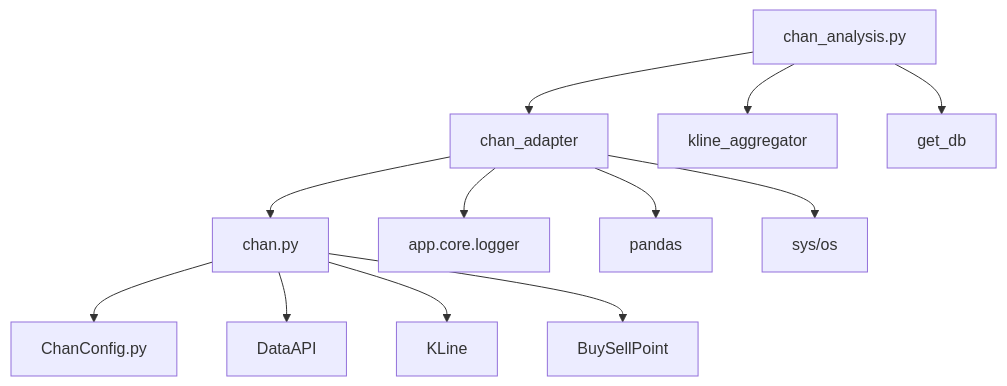
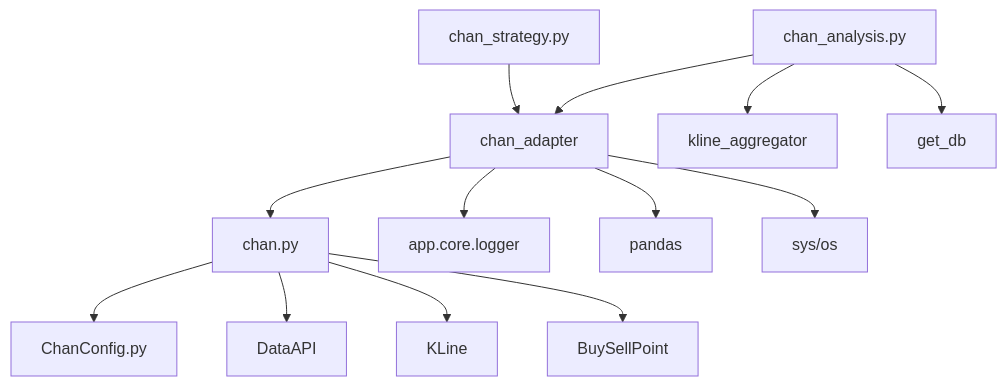
One commit to yjydmlh/turtle changed the seventh of 7 diagrams in .qoder/repowiki/zh/content/缠论分析模块/适配器集成.md. Above: the diagram before and after it, drawn with Mermaid. The commit also changed other lines of this file and 21 other files, not shown here.

````diff
--- a/.qoder/repowiki/zh/content/缠论分析模块/适配器集成.md
+++ b/.qoder/repowiki/zh/content/缠论分析模块/适配器集成.md
@@ -140,14 +199,15 @@
 ```mermaid
 graph TD
 A[chan_adapter.py] --> B[chan.py]
 A --> C[app.core.logger]
 A --> D[pandas]
 A --> E[sys/os]
 F[chan_analysis.py] --> A[chan_adapter]
 F --> G[kline_aggregator]
 F --> H[get_db]
 B --> I[ChanConfig.py]
 B --> J[DataAPI]
 B --> K[KLine]
 B --> L[BuySellPoint]
+M[chan_strategy.py] --> A[chan_adapter]
 ```
````
